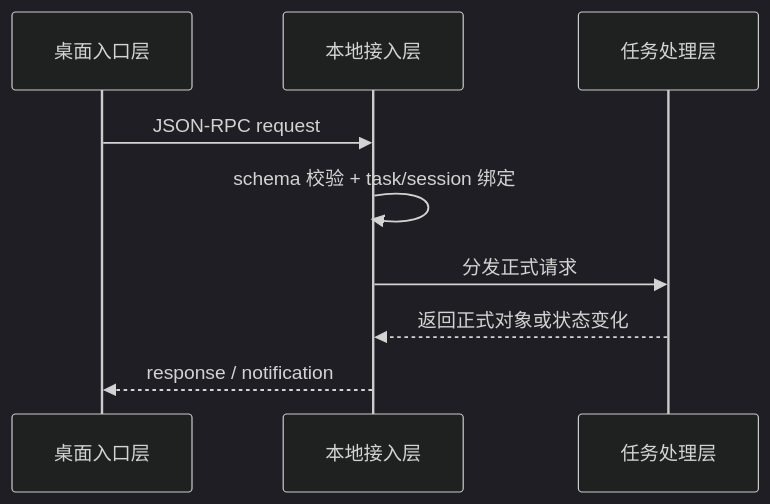
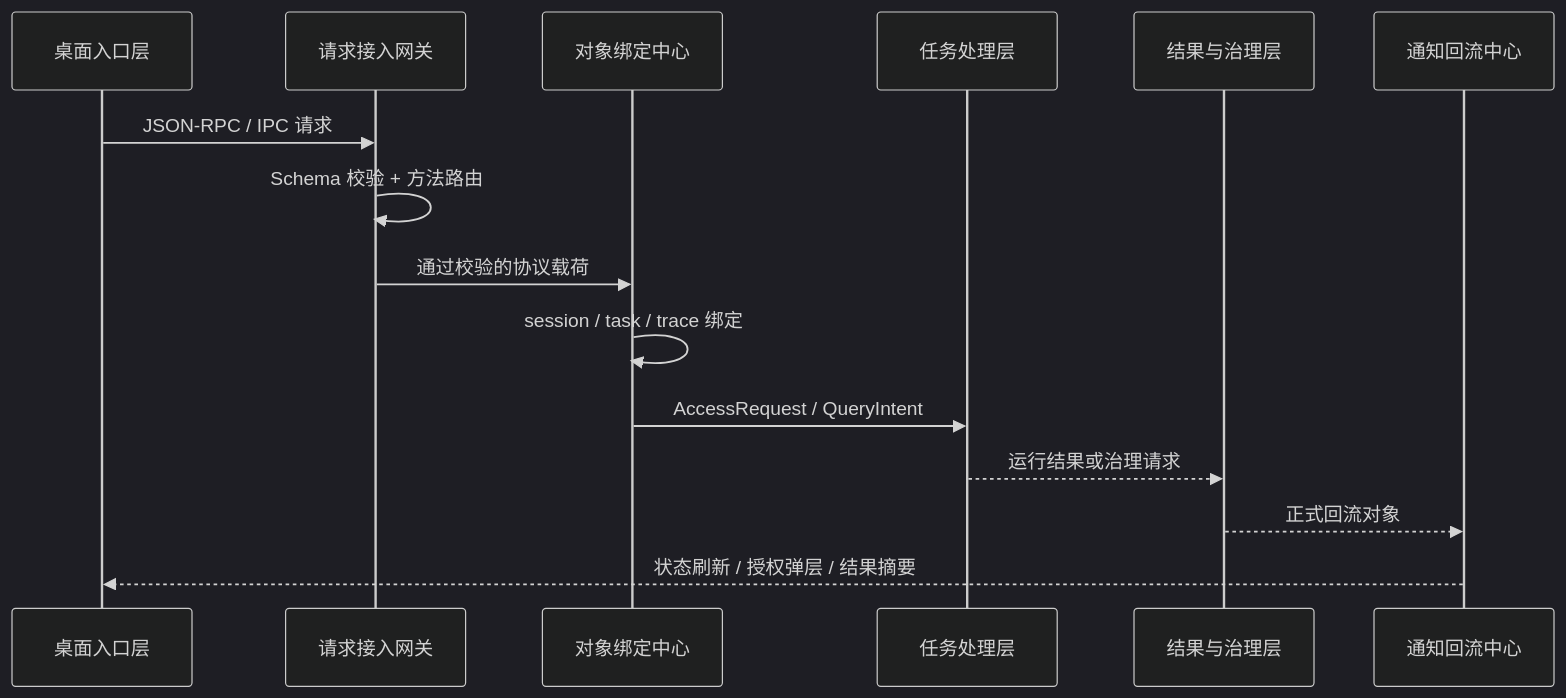
Before and after one commit to Blackcloudss/CialloClaw: the seventh of 20 diagrams in docs/architecture-overview.md, drawn with Mermaid (dark theme). The commit also changed other lines of this file, not shown here.

Commit message:
Update architecture design document

````diff
--- a/docs/architecture-overview.md
+++ b/docs/architecture-overview.md
@@ -328,12 +491,18 @@
 ```mermaid
 sequenceDiagram
-    participant FE as 桌面入口层
-    participant ACCESS as 本地接入层
+    participant UI as 桌面入口层
+    participant GW as 请求接入网关
+    participant BIND as 对象绑定中心
     participant TASK as 任务处理层
+    participant GOV as 结果与治理层
+    participant NOTIFY as 通知回流中心
 
-    FE->>ACCESS: JSON-RPC request
-    ACCESS->>ACCESS: schema 校验 + task/session 绑定
-    ACCESS->>TASK: 分发正式请求
-    TASK-->>ACCESS: 返回正式对象或状态变化
-    ACCESS-->>FE: response / notification
+    UI->>GW: JSON-RPC / IPC 请求
+    GW->>GW: Schema 校验 + 方法路由
+    GW->>BIND: 通过校验的协议载荷
+    BIND->>BIND: session / task / trace 绑定
+    BIND->>TASK: AccessRequest / QueryIntent
+    TASK-->>GOV: 运行结果或治理请求
+    GOV-->>NOTIFY: 正式回流对象
+    NOTIFY-->>UI: 状态刷新 / 授权弹层 / 结果摘要
 ```
````
